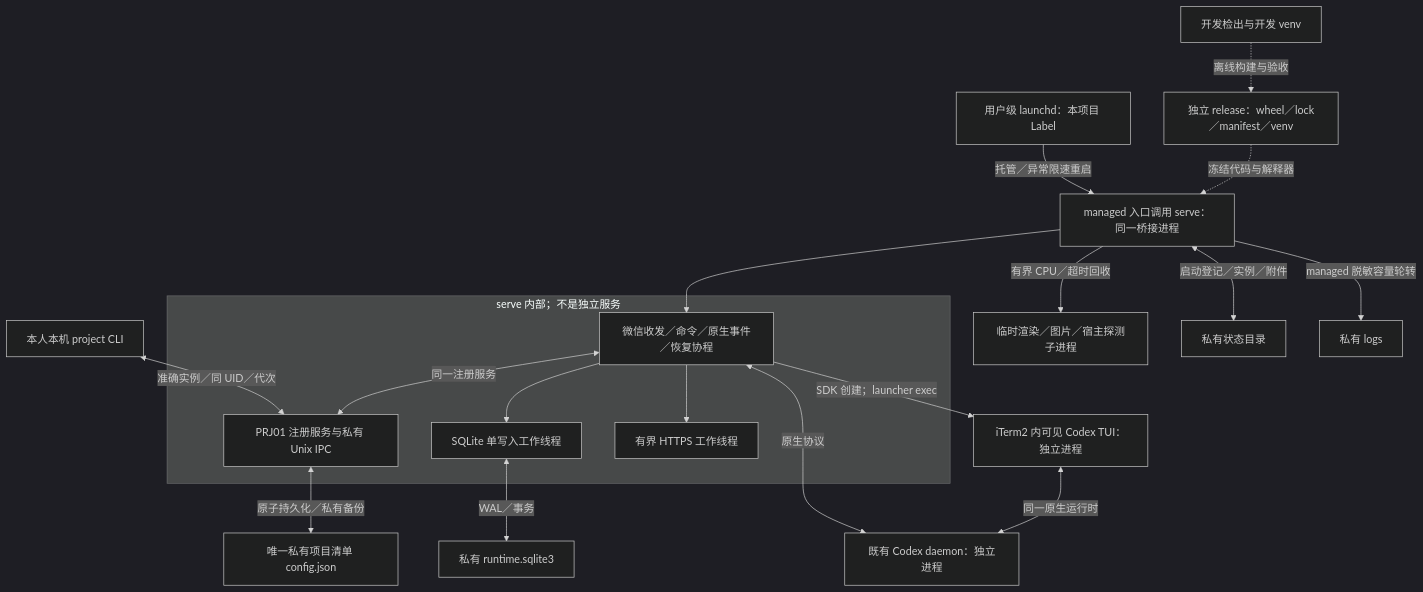
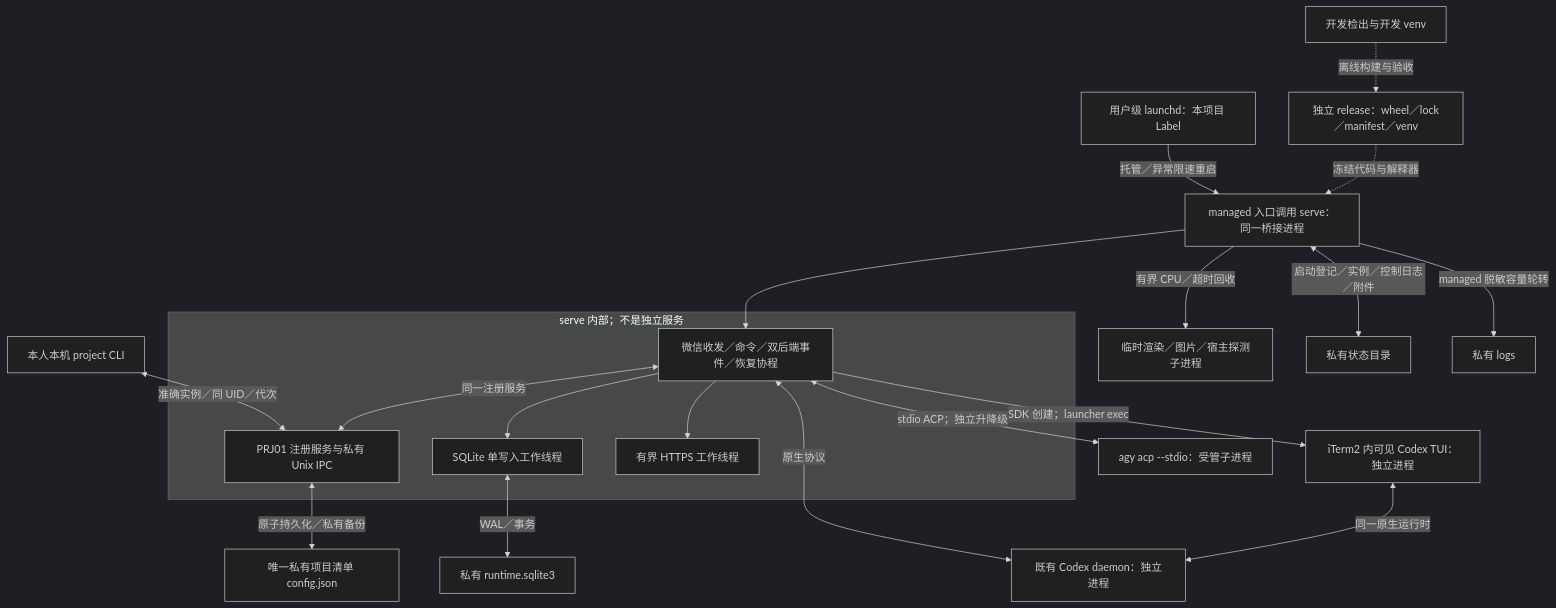
Before and after one commit to benarchen/wx-clawbot: the second of 5 diagrams in docs/architecture-design.md, drawn with Mermaid (dark theme). The commit also changed other lines of this file and 53 other files, not shown here.

First line of the commit message:
feat: 发布 0.2.0，建立多 Agent 架构并完整兼容 Antigravity（agy acp）后端

````diff
--- a/docs/architecture-design.md
+++ b/docs/architecture-design.md
@@ -63,25 +67,26 @@
 ```mermaid
 flowchart TB
   launchd["用户级 launchd：本项目 Label"] -->|"托管／异常限速重启"| serve["managed 入口调用 serve：同一桥接进程"]
   release["独立 release：wheel／lock／manifest／venv"] -.->|"冻结代码与解释器"| serve
   subgraph inside["serve 内部；不是独立服务"]
-    loops["微信收发／命令／原生事件／恢复协程"]
+    loops["微信收发／命令／双后端事件／恢复协程"]
     registry["PRJ01 注册服务与私有 Unix IPC"]
     dbworker["SQLite 单写入工作线程"]
     httpworkers["有界 HTTPS 工作线程"]
   end
   serve --> loops
   localcli["本人本机 project CLI"] <-->|"准确实例／同 UID／代次"| registry
   loops <-->|"同一注册服务"| registry
   registry <-->|"原子持久化／私有备份"| config["唯一私有项目清单 config.json"]
   loops --> dbworker
   loops --> httpworkers
   serve -->|"有界 CPU／超时回收"| helpers["临时渲染／图片／宿主探测子进程"]
   dbworker <-->|"WAL／事务"| ledger["私有 runtime.sqlite3"]
-  serve <-->|"启动登记／实例／附件"| state["私有状态目录"]
+  serve <-->|"启动登记／实例／控制日志／附件"| state["私有状态目录"]
   serve -->|"managed 脱敏容量轮转"| logs["私有 logs"]
   loops <-->|"原生协议"| daemon["既有 Codex daemon：独立进程"]
+  loops <-->|"stdio ACP；独立升降级"| agyproc["agy acp --stdio：受管子进程"]
   loops -->|"SDK 创建；launcher exec"| tui["iTerm2 内可见 Codex TUI：独立进程"]
   tui <-->|"同一原生运行时"| daemon
   dev["开发检出与开发 venv"] -.->|"离线构建与验收"| release
 ```
````
